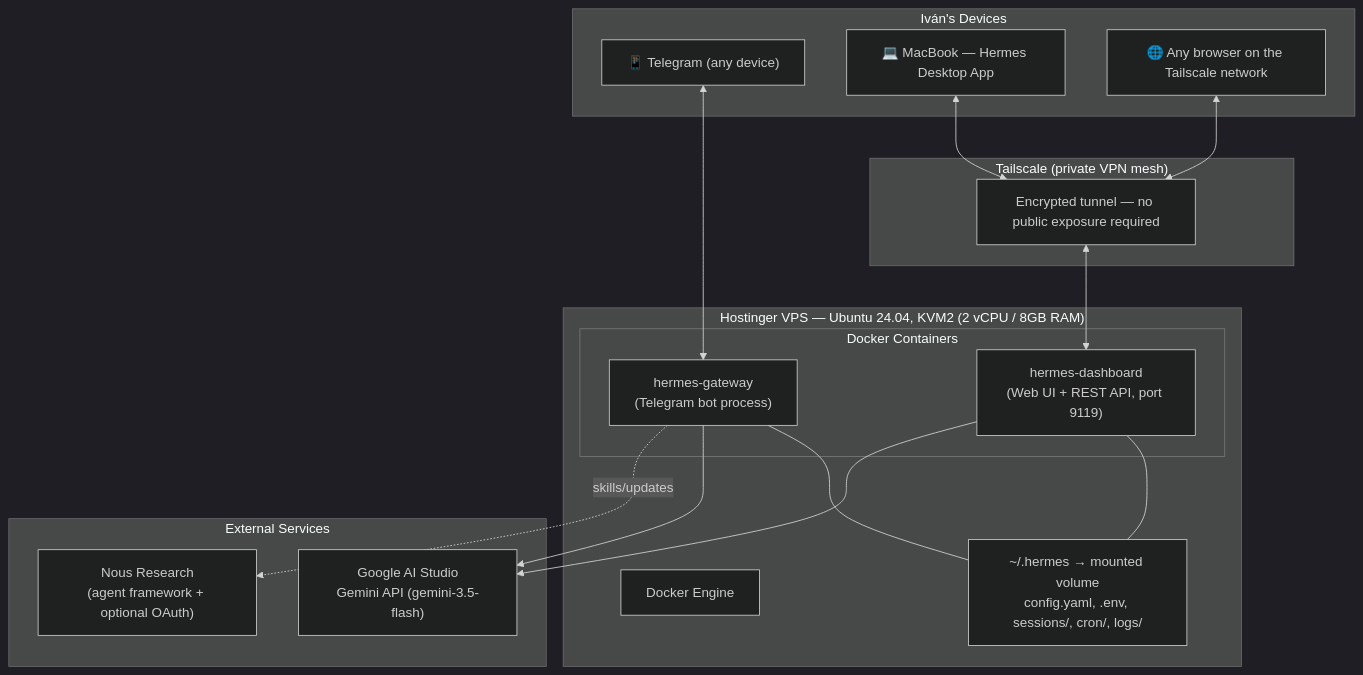
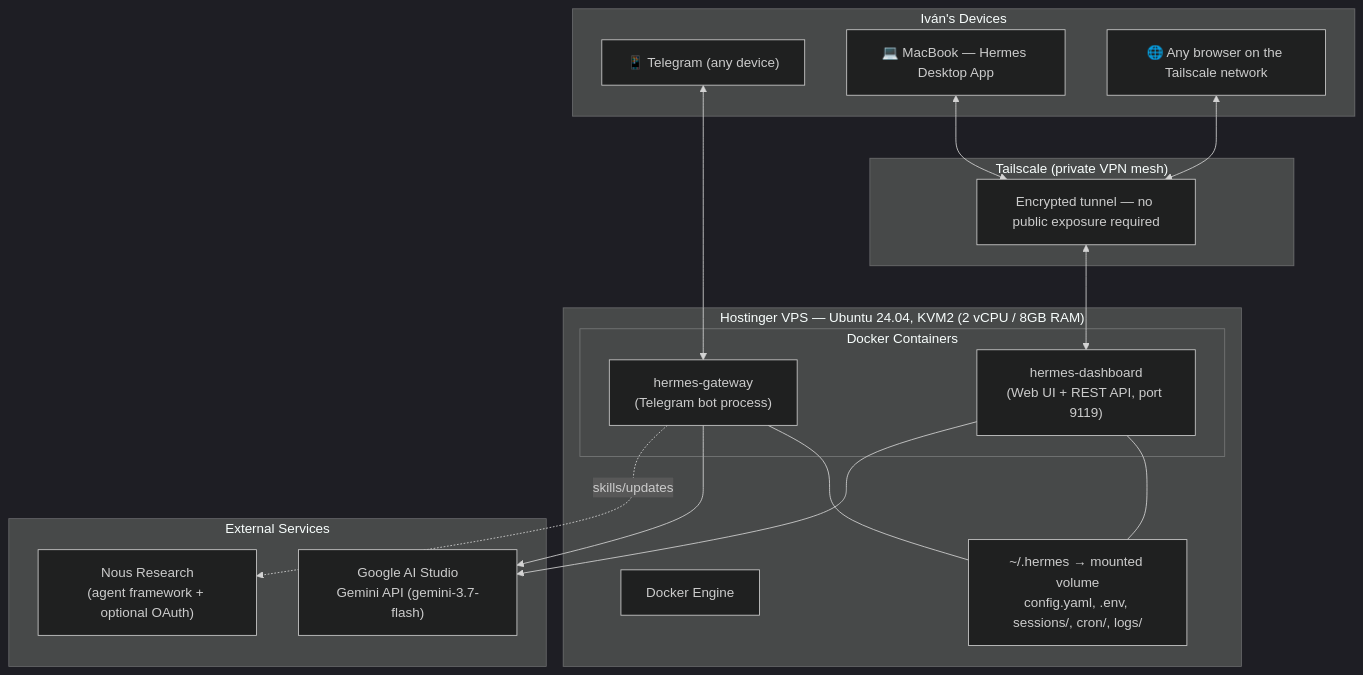
Before and after one commit to ivanKoch/triaperformance-docs: the diagram in ai-infrastructure-documentation.md, drawn with Mermaid (dark theme). The commit also changed other lines of this file and 8 other files, not shown here.

````diff
--- a/ai-infrastructure-documentation.md
+++ b/ai-infrastructure-documentation.md
@@ -31,35 +31,35 @@
 ```mermaid
 flowchart TB
     subgraph Devices["Iván's Devices"]
         Phone["📱 Telegram (any device)"]
         Mac["💻 MacBook — Hermes Desktop App"]
         Browser["🌐 Any browser on the Tailscale network"]
     end
 
     subgraph VPN["Tailscale (private VPN mesh)"]
         TS["Encrypted tunnel — no public exposure required"]
     end
 
     subgraph VPS["Hostinger VPS — Ubuntu 24.04, KVM2 (2 vCPU / 8GB RAM)"]
         Docker["Docker Engine"]
         subgraph Containers["Docker Containers"]
             GW["hermes-gateway\n(Telegram bot process)"]
             DASH["hermes-dashboard\n(Web UI + REST API, port 9119)"]
         end
         Data["~/.hermes → mounted volume\nconfig.yaml, .env, sessions/, cron/, logs/"]
         GW --- Data
         DASH --- Data
     end
 
     subgraph External["External Services"]
-        Gemini["Google AI Studio\nGemini API (gemini-3.5-flash)"]
+        Gemini["Google AI Studio\nGemini API (gemini-3.7-flash)"]
         Nous["Nous Research\n(agent framework + optional OAuth)"]
     end
 
     Phone <--> GW
     Mac <--> TS <--> DASH
     Browser <--> TS
     GW --> Gemini
     DASH --> Gemini
     GW -.skills/updates.-> Nous
 ```
````
